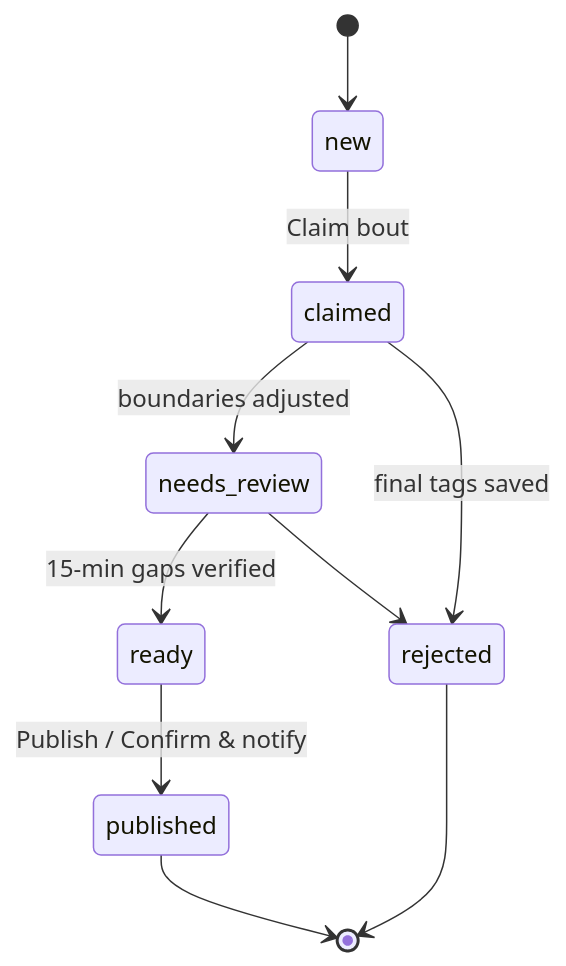
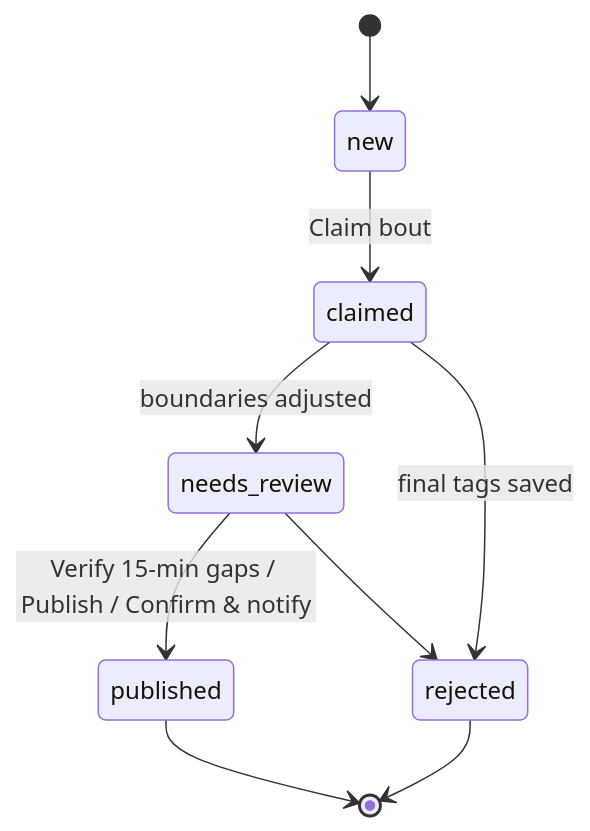
The third of 3 diagrams in ModeratorFrontEnd/specification/bout-spec.md (orcasound/orcahello), drawn with Mermaid before and after one commit. The commit also changed other lines of this file, not shown here.

Commit message:
Removed ready state

````diff
--- a/ModeratorFrontEnd/specification/bout-spec.md
+++ b/ModeratorFrontEnd/specification/bout-spec.md
@@ -647,12 +643,11 @@
 ```mermaid
 stateDiagram-v2
   [*] --> new
   new --> claimed: Claim bout
   claimed --> needs_review: boundaries adjusted
-  needs_review --> ready: 15-min gaps verified
-  ready --> published: Publish / Confirm & notify
+  needs_review --> published: Verify 15-min gaps / Publish / Confirm & notify
   claimed --> rejected: final tags saved
   needs_review --> rejected
   published --> [*]
   rejected --> [*]
 ```
````
